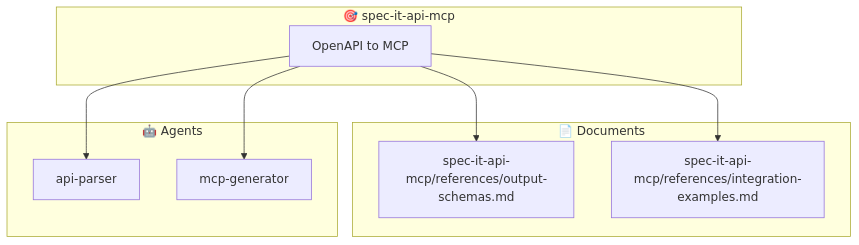
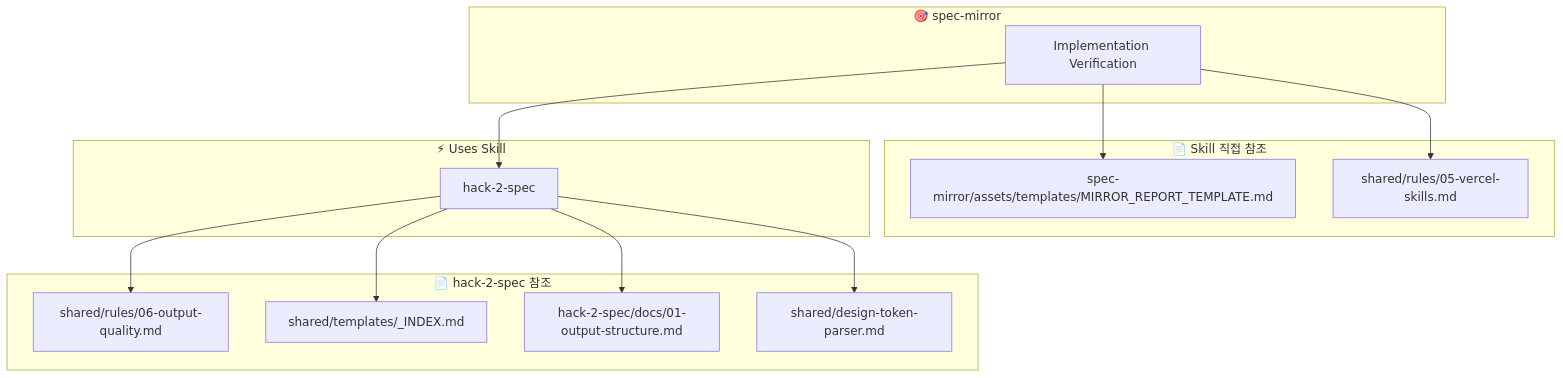
Before and after one commit to 30eggis/spec-it: the eighth of 14 diagrams in docs/SKILL_AGENT_REFERENCE_MAP.md, drawn with Mermaid. The commit also changed other lines of this file, not shown here.

First line of the commit message:
Update Skill/Agent reference map with full document chains

````diff
--- a/docs/SKILL_AGENT_REFERENCE_MAP.md
+++ b/docs/SKILL_AGENT_REFERENCE_MAP.md
@@ -327,21 +379,26 @@
 ```mermaid
 flowchart TB
-    subgraph skill_api["🎯 spec-it-api-mcp"]
-        S1[OpenAPI to MCP]
+    subgraph SKILL["🎯 spec-mirror"]
+        S1[Implementation Verification]
     end
 
-    subgraph docs_api["📄 Documents"]
-        D1[spec-it-api-mcp/references/output-schemas.md]
-        D2[spec-it-api-mcp/references/integration-examples.md]
+    subgraph SKILL_DOCS["📄 Skill 직접 참조"]
+        SD1[spec-mirror/assets/templates/MIRROR_REPORT_TEMPLATE.md]
+        SD2[shared/rules/05-vercel-skills.md]
     end
 
-    subgraph agents_api["🤖 Agents"]
-        A1[api-parser]
-        A2[mcp-generator]
+    subgraph INVOKE_SKILL["⚡ Uses Skill"]
+        IS1[hack-2-spec]
     end
 
-    S1 --> D1
-    S1 --> D2
-    S1 --> A1
-    S1 --> A2
+    subgraph HACK_DOCS["📄 hack-2-spec 참조"]
+        HD1[shared/rules/06-output-quality.md]
+        HD2[shared/templates/_INDEX.md]
+        HD3[hack-2-spec/docs/01-output-structure.md]
+        HD4[shared/design-token-parser.md]
+    end
+
+    S1 --> SD1 & SD2
+    S1 --> IS1
+    IS1 --> HD1 & HD2 & HD3 & HD4
 ```
````
